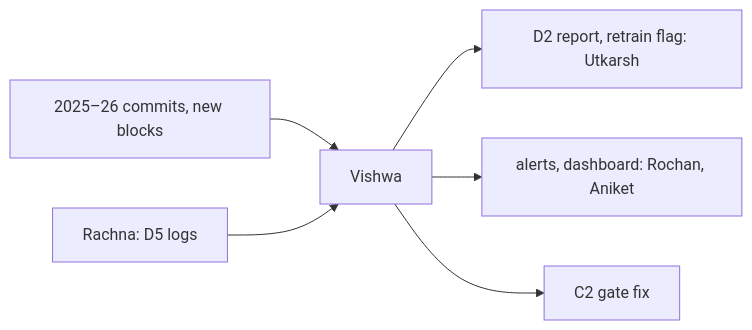
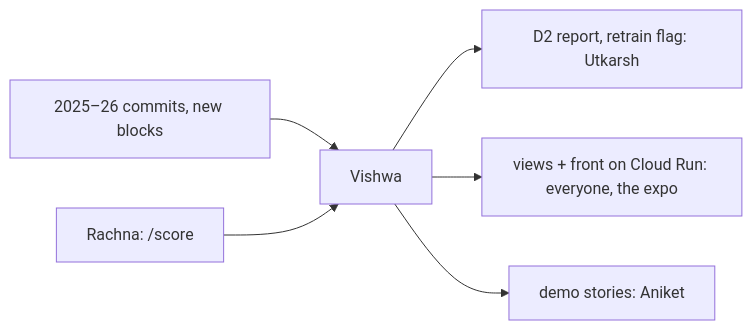
Before and after one commit to Itsme-aniketghosh/Meridian: the diagram in Model-Deployment/packets/vishwa-monitor/README.md, drawn with Mermaid. The commit also changed other lines of this file and 6 other files, not shown here.

Commit message:
Phase 3 for the ML Expo (Dec 8): the views and a product front become required (S9, S11), a canary step, an SLO and cost panel, the demo script and rehearsals; S6 moves to Rochan, C2 after the expo

````diff
--- a/Model-Deployment/packets/vishwa-monitor/README.md
+++ b/Model-Deployment/packets/vishwa-monitor/README.md
@@ -12,8 +12,8 @@
 ```mermaid
 flowchart LR
   data["2025–26 commits, new blocks"] --> me["Vishwa"]
-  rachna["Rachna: D5 logs"] --> me
+  rachna["Rachna: /score"] --> me
   me --> d2["D2 report, retrain flag: Utkarsh"]
-  me --> mon["alerts, dashboard: Rochan, Aniket"]
-  me --> gate["C2 gate fix"]
+  me --> views["views + front on Cloud Run: everyone, the expo"]
+  me --> demo["demo stories: Aniket"]
 ```
````
